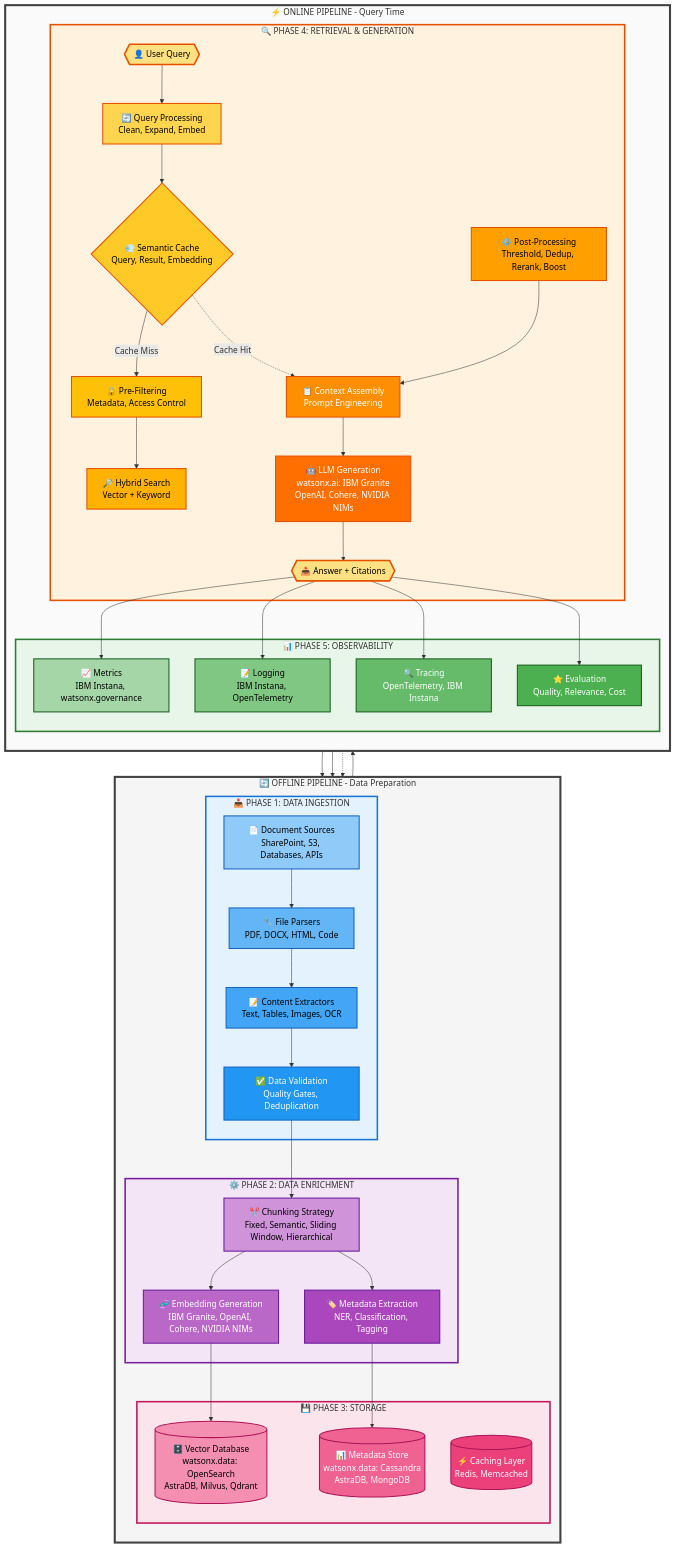
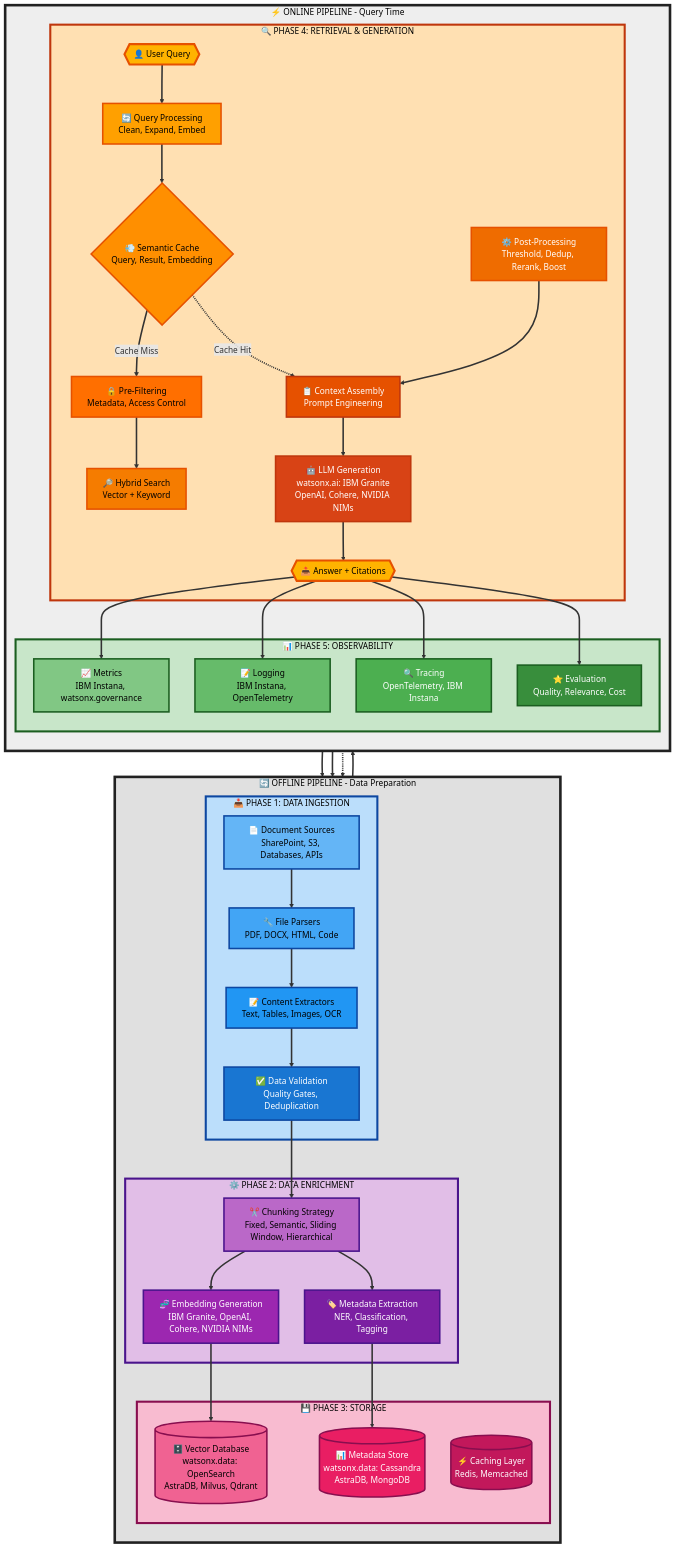
Before and after one commit to pravinbhat/pravinbhat.github.io: the first of 4 diagrams in Enterprise_RAG_Architecture_Guide.md, drawn with Mermaid.

Commit message:
Updated diagram backgrounds

````diff
--- a/Enterprise_RAG_Architecture_Guide.md
+++ b/Enterprise_RAG_Architecture_Guide.md
@@ -136,45 +136,48 @@
         end
     end
     
-    %% Phase 1 - Data Ingestion (Light Blue)
-    style Phase1 fill:#E3F2FD,stroke:#1976D2,stroke-width:3px
-    style Sources fill:#90CAF9,stroke:#1565C0,stroke-width:2px,color:#000
-    style Parsers fill:#64B5F6,stroke:#1565C0,stroke-width:2px,color:#000
-    style Extractors fill:#42A5F5,stroke:#1565C0,stroke-width:2px,color:#000
-    style Validation fill:#2196F3,stroke:#1565C0,stroke-width:2px,color:#fff
+    %% Phase 1 - Data Ingestion (Blue with darker background)
+    style Phase1 fill:#BBDEFB,stroke:#0D47A1,stroke-width:4px,color:#000
+    style Sources fill:#64B5F6,stroke:#0D47A1,stroke-width:3px,color:#000
+    style Parsers fill:#42A5F5,stroke:#0D47A1,stroke-width:3px,color:#000
+    style Extractors fill:#2196F3,stroke:#0D47A1,stroke-width:3px,color:#000
+    style Validation fill:#1976D2,stroke:#0D47A1,stroke-width:3px,color:#fff
     
-    %% Phase 2 - Data Enrichment (Light Purple)
-    style Phase2 fill:#F3E5F5,stroke:#7B1FA2,stroke-width:3px
-    style Chunking fill:#CE93D8,stroke:#6A1B9A,stroke-width:2px,color:#000
-    style Embedding fill:#BA68C8,stroke:#6A1B9A,stroke-width:2px,color:#fff
-    style Metadata fill:#AB47BC,stroke:#6A1B9A,stroke-width:2px,color:#fff
+    %% Phase 2 - Data Enrichment (Purple with darker background)
+    style Phase2 fill:#E1BEE7,stroke:#4A148C,stroke-width:4px,color:#000
+    style Chunking fill:#BA68C8,stroke:#4A148C,stroke-width:3px,color:#000
+    style Embedding fill:#9C27B0,stroke:#4A148C,stroke-width:3px,color:#fff
+    style Metadata fill:#7B1FA2,stroke:#4A148C,stroke-width:3px,color:#fff
     
-    %% Phase 3 - Storage (Light Pink)
-    style Phase3 fill:#FCE4EC,stroke:#C2185B,stroke-width:3px
-    style VectorDB fill:#F48FB1,stroke:#AD1457,stroke-width:2px,color:#000
-    style MetadataDB fill:#F06292,stroke:#AD1457,stroke-width:2px,color:#fff
-    style CacheStore fill:#EC407A,stroke:#AD1457,stroke-width:2px,color:#fff
+    %% Phase 3 - Storage (Pink with darker background)
+    style Phase3 fill:#F8BBD0,stroke:#880E4F,stroke-width:4px,color:#000
+    style VectorDB fill:#F06292,stroke:#880E4F,stroke-width:3px,color:#000
+    style MetadataDB fill:#E91E63,stroke:#880E4F,stroke-width:3px,color:#fff
+    style CacheStore fill:#C2185B,stroke:#880E4F,stroke-width:3px,color:#fff
     
-    %% Phase 4 - Retrieval & Generation (Light Orange)
-    style Phase4 fill:#FFF3E0,stroke:#E65100,stroke-width:3px
-    style Query fill:#FFE082,stroke:#E65100,stroke-width:3px,color:#000
-    style QueryProc fill:#FFD54F,stroke:#E65100,stroke-width:2px,color:#000
-    style SemanticCache fill:#FFCA28,stroke:#E65100,stroke-width:2px,color:#000
-    style PreFilter fill:#FFC107,stroke:#E65100,stroke-width:2px,color:#000
-    style HybridSearch fill:#FFB300,stroke:#E65100,stroke-width:2px,color:#000
-    style PostProc fill:#FFA000,stroke:#E65100,stroke-width:2px,color:#000
-    style Context fill:#FF8F00,stroke:#E65100,stroke-width:2px,color:#fff
-    style LLM fill:#FF6F00,stroke:#E65100,stroke-width:2px,color:#fff
-    style Response fill:#FFE082,stroke:#E65100,stroke-width:3px,color:#000
+    %% Phase 4 - Retrieval & Generation (Orange with darker background)
+    style Phase4 fill:#FFE0B2,stroke:#BF360C,stroke-width:4px,color:#000
+    style Query fill:#FFB300,stroke:#E65100,stroke-width:4px,color:#000
+    style QueryProc fill:#FFA000,stroke:#E65100,stroke-width:3px,color:#000
+    style SemanticCache fill:#FF8F00,stroke:#E65100,stroke-width:3px,color:#000
+    style PreFilter fill:#FF6F00,stroke:#E65100,stroke-width:3px,color:#000
+    style HybridSearch fill:#F57C00,stroke:#E65100,stroke-width:3px,color:#000
+    style PostProc fill:#EF6C00,stroke:#E65100,stroke-width:3px,color:#fff
+    style Context fill:#E65100,stroke:#BF360C,stroke-width:3px,color:#fff
+    style LLM fill:#D84315,stroke:#BF360C,stroke-width:3px,color:#fff
+    style Response fill:#FFB300,stroke:#E65100,stroke-width:4px,color:#000
     
-    %% Phase 5 - Observability (Light Green)
-    style Phase5 fill:#E8F5E9,stroke:#2E7D32,stroke-width:3px
-    style Metrics fill:#A5D6A7,stroke:#1B5E20,stroke-width:2px,color:#000
-    style Logging fill:#81C784,stroke:#1B5E20,stroke-width:2px,color:#000
-    style Tracing fill:#66BB6A,stroke:#1B5E20,stroke-width:2px,color:#fff
-    style Evaluation fill:#4CAF50,stroke:#1B5E20,stroke-width:2px,color:#fff
+    %% Phase 5 - Observability (Green with darker background)
+    style Phase5 fill:#C8E6C9,stroke:#1B5E20,stroke-width:4px,color:#000
+    style Metrics fill:#81C784,stroke:#1B5E20,stroke-width:3px,color:#000
+    style Logging fill:#66BB6A,stroke:#1B5E20,stroke-width:3px,color:#000
+    style Tracing fill:#4CAF50,stroke:#1B5E20,stroke-width:3px,color:#fff
+    style Evaluation fill:#388E3C,stroke:#1B5E20,stroke-width:3px,color:#fff
     
-    %% Pipeline containers
-    style OfflinePipeline fill:#F5F5F5,stroke:#424242,stroke-width:4px
-    style OnlinePipeline fill:#FAFAFA,stroke:#424242,stroke-width:4px
+    %% Pipeline containers with darker backgrounds
+    style OfflinePipeline fill:#E0E0E0,stroke:#212121,stroke-width:5px,color:#000
+    style OnlinePipeline fill:#EEEEEE,stroke:#212121,stroke-width:5px,color:#000
+    
+    %% Make arrows thicker and more visible
+    linkStyle default stroke:#333,stroke-width:3px
 ```
````
